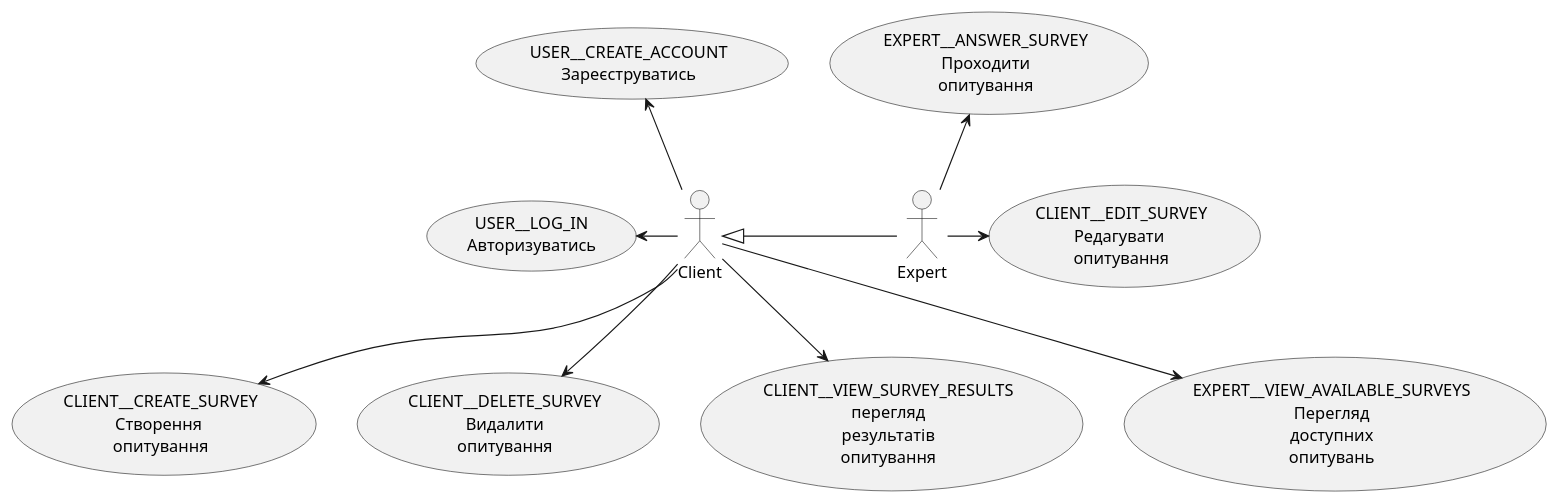
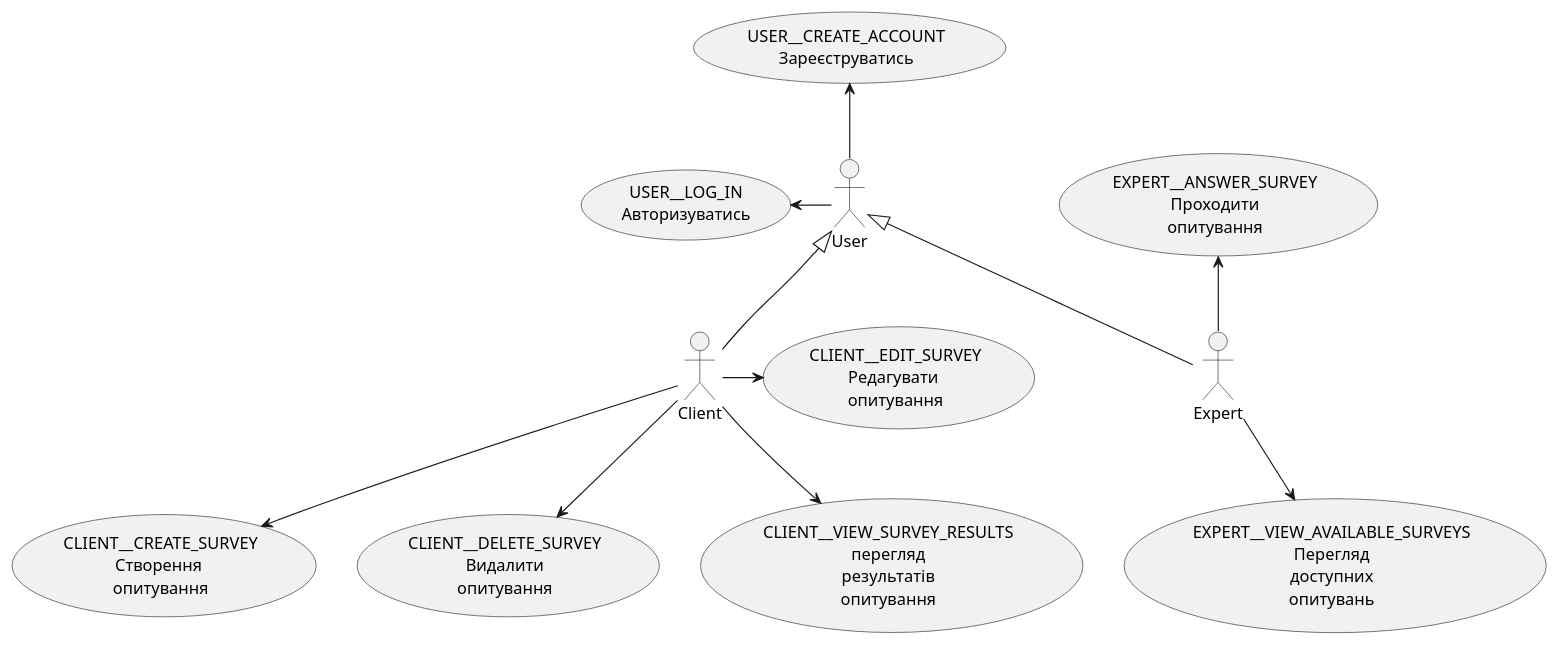
One commit to shmatkoden/db-course-theme1 changed the first of 11 diagrams in docs/use cases/README.md. Above: the diagram before and after it, drawn with PlantUML. The commit also changed other lines of this file and 3 other files, not shown here.

```diff
--- a/docs/use cases/README.md
+++ b/docs/use cases/README.md
@@ -15,27 +15,29 @@
 @startuml
 
     actor Expert
     actor Client
+    actor User
 
     usecase "USER__CREATE_ACCOUNT\nЗареєструватиcь" as USignup
     usecase "USER__LOG_IN\nАвторизуватись" as USignin
     usecase "CLIENT__CREATE_SURVEY\nСтворення \nопитування" as СSurvey
     usecase "CLIENT__EDIT_SURVEY\nРедагувати \nопитування" as ESurvey
     usecase "CLIENT__DELETE_SURVEY\nВидалити\nопитування" as DSurvey
     usecase "EXPERT__ANSWER_SURVEY\nПроходити\nопитування" as USurvey
     usecase "CLIENT__VIEW_SURVEY_RESULTS\nперегляд\nрезультатів\nопитування" as ChRSurvey
     usecase "EXPERT__VIEW_AVAILABLE_SURVEYS\nПерегляд\nдоступних\nопитувань" as ChAllSurvey
 
 
-        Expert -l-|> Client
+        Client -u-|> User
+        Expert -u-|> User
         Expert -u-> USurvey
-        Expert -r-> ESurvey
-        Client -u-> USignup
-        Client -l-> USignin
-        Client -d-> ChAllSurvey
+        Client -r-> ESurvey
+        User -u-> USignup
+        User -l-> USignin
+        Expert -d-> ChAllSurvey
         Client -d-> ChRSurvey
         Client -d-> СSurvey
         Client -d-> DSurvey
 
 
 @enduml
```
